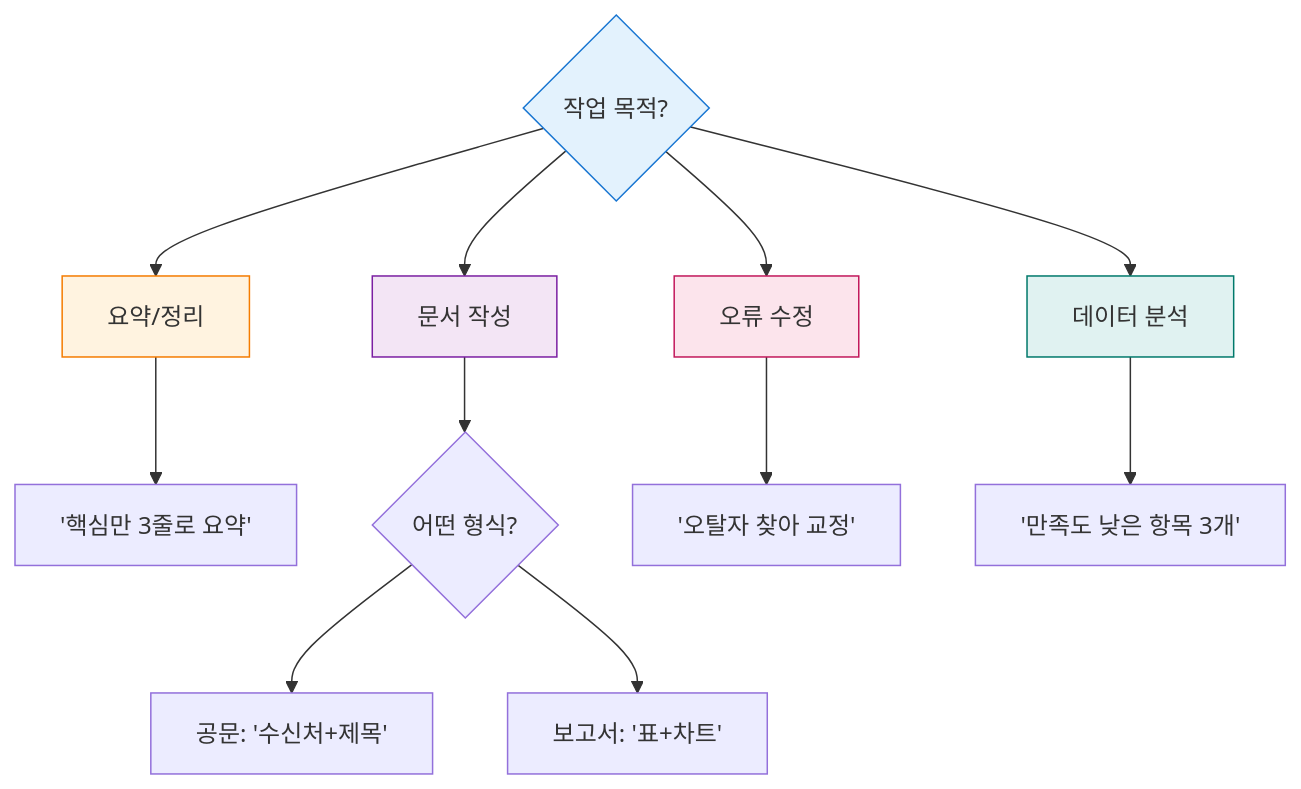
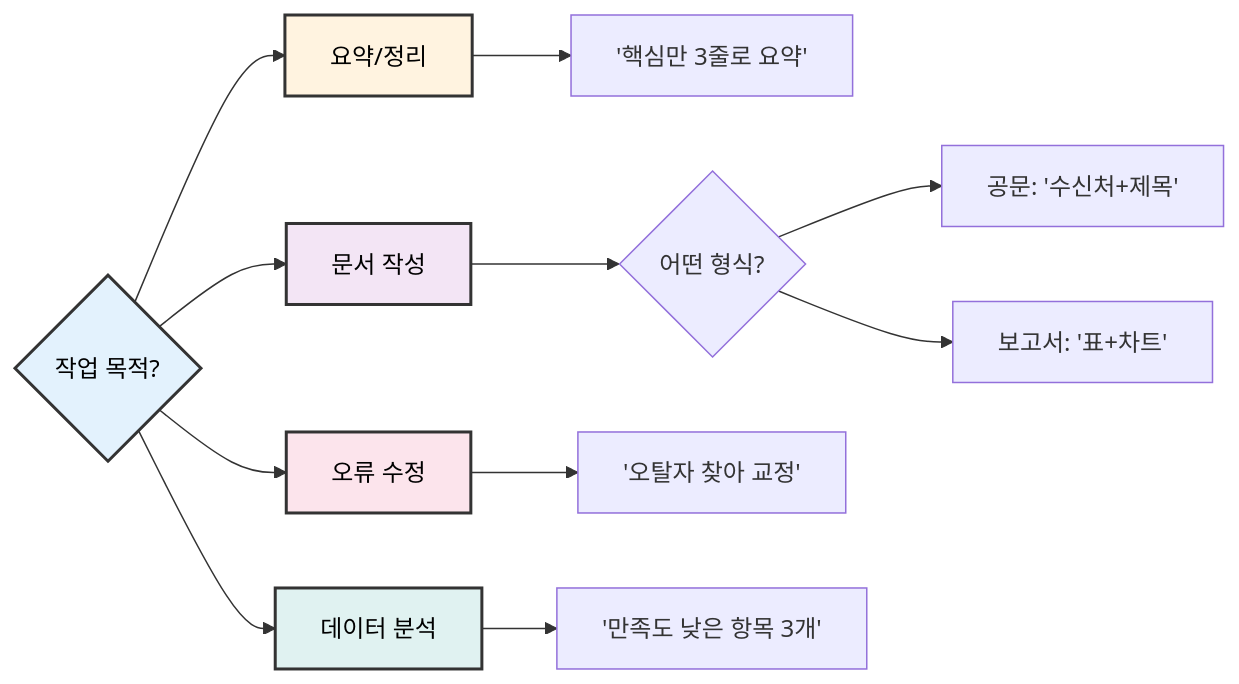
One commit to seo-jinseok/GitHub-Copilot-Guide changed diagram 16 of 17 in dist/University_Copilot_Guide_Complete_KO.md. Above: the diagram before and after it, drawn with Mermaid. The commit also changed other lines of this file, not shown here.

Commit message:
docs: mermaid 그림 색상 수정

````diff
--- a/dist/University_Copilot_Guide_Complete_KO.md
+++ b/dist/University_Copilot_Guide_Complete_KO.md
@@ -1136,20 +1159,20 @@
 ```mermaid
-graph TD
+graph LR
     Start{작업 목적?} --> Summary[요약/정리]
     Start --> Create[문서 작성]
     Start --> Fix[오류 수정]
     Start --> Analyze[데이터 분석]
     
     Summary --> S1["'핵심만 3줄로 요약'"]
     Create --> C1{어떤 형식?}
     C1 --> C2["공문: '수신처+제목'"]
     C1 --> C3["보고서: '표+차트'"]
     Fix --> F1["'오탈자 찾아 교정'"]
     Analyze --> A1["'만족도 낮은 항목 3개'"]
     
-    style Start fill:#e3f2fd,stroke:#1976d2
-    style Summary fill:#fff3e0,stroke:#f57c00
-    style Create fill:#f3e5f5,stroke:#7b1fa2
-    style Fix fill:#fce4ec,stroke:#c2185b
-    style Analyze fill:#e0f2f1,stroke:#00796b
+    style Start fill:#e3f2fd,stroke:#333,stroke-width:2px,color:#000
+    style Summary fill:#fff3e0,stroke:#333,stroke-width:2px,color:#000
+    style Create fill:#f3e5f5,stroke:#333,stroke-width:2px,color:#000
+    style Fix fill:#fce4ec,stroke:#333,stroke-width:2px,color:#000
+    style Analyze fill:#e0f2f1,stroke:#333,stroke-width:2px,color:#000
 ```
````
